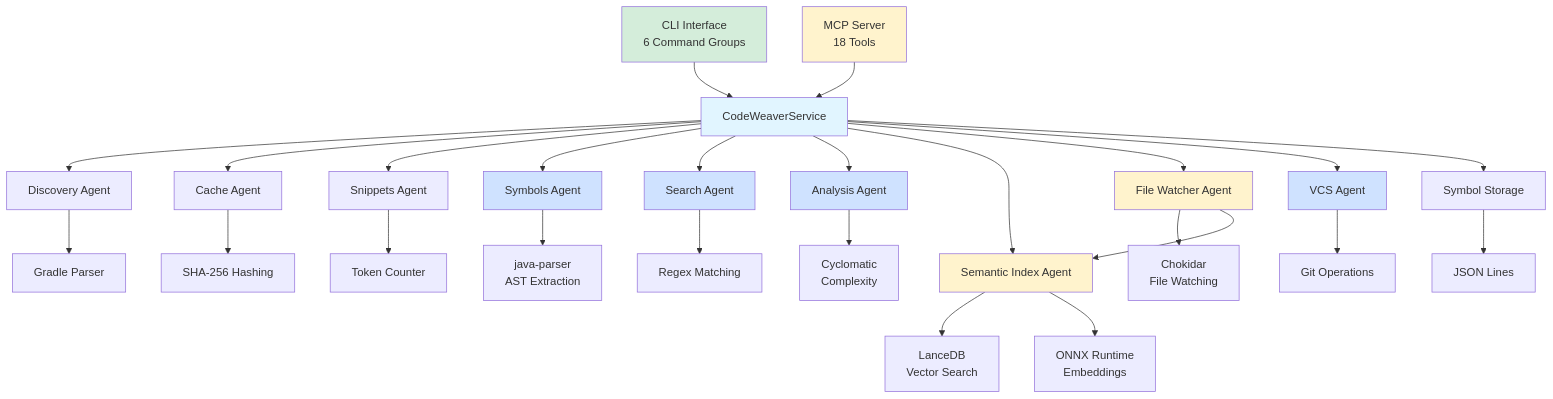
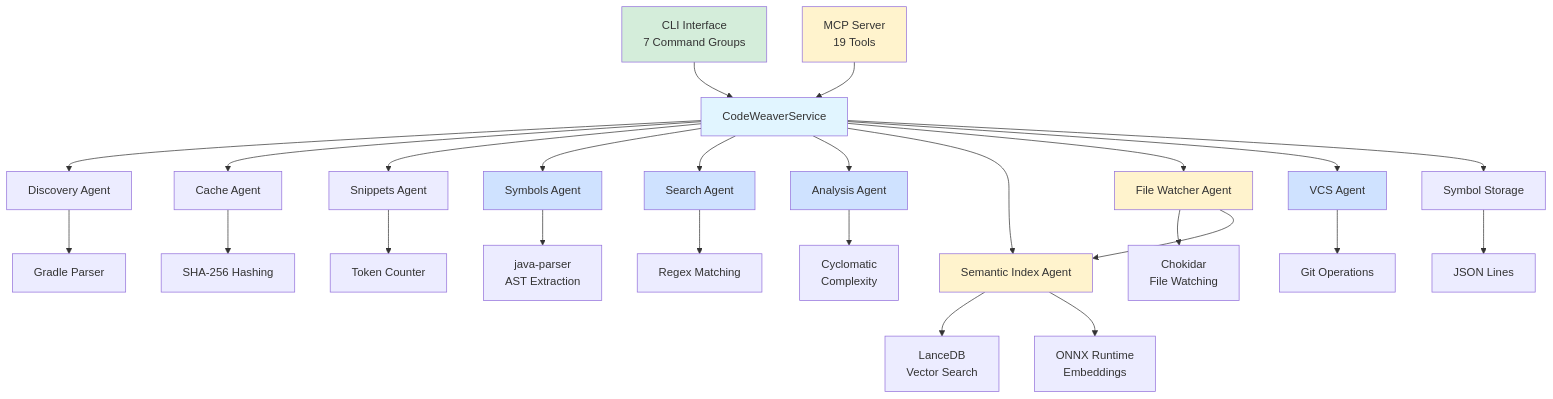
One commit to nobiehl/codeweaver-mcp changed the diagram in README.md. Above: the diagram before and after it, drawn with Mermaid. The commit also changed other lines of this file and 5 other files, not shown here.

````diff
--- a/README.md
+++ b/README.md
@@ -170,39 +170,39 @@
 ```mermaid
 graph TB
-    CLI[CLI Interface<br/>6 Command Groups] --> SERVICE[CodeWeaverService]
-    MCP[MCP Server<br/>18 Tools] --> SERVICE
+    CLI[CLI Interface<br/>7 Command Groups] --> SERVICE[CodeWeaverService]
+    MCP[MCP Server<br/>19 Tools] --> SERVICE
 
     SERVICE --> DISC[Discovery Agent]
     SERVICE --> CACHE[Cache Agent]
     SERVICE --> SNIP[Snippets Agent]
     SERVICE --> SYM[Symbols Agent]
     SERVICE --> SEARCH[Search Agent]
     SERVICE --> ANALYSIS[Analysis Agent]
     SERVICE --> SEMANTIC[Semantic Index Agent]
     SERVICE --> WATCHER[File Watcher Agent]
     SERVICE --> VCS[VCS Agent]
     SERVICE --> STORE[Symbol Storage]
 
     DISC --> GRADLE[Gradle Parser]
     CACHE --> SHA[SHA-256 Hashing]
     SNIP --> TOKEN[Token Counter]
     SYM --> JAVAPARSER[java-parser<br/>AST Extraction]
     SEARCH --> REGEX[Regex Matching]
     ANALYSIS --> COMPLEXITY[Cyclomatic<br/>Complexity]
     SEMANTIC --> LANCEDB[LanceDB<br/>Vector Search]
     SEMANTIC --> ONNX[ONNX Runtime<br/>Embeddings]
     WATCHER --> CHOKIDAR[Chokidar<br/>File Watching]
     WATCHER --> SEMANTIC
     VCS --> GIT[Git Operations]
     STORE --> JSONL[JSON Lines]
 
     style SERVICE fill:#e1f5ff
     style CLI fill:#d4edda
     style MCP fill:#fff3cd
     style SYM fill:#cfe2ff
     style SEARCH fill:#cfe2ff
     style ANALYSIS fill:#cfe2ff
     style SEMANTIC fill:#fff3cd
     style WATCHER fill:#fff3cd
     style VCS fill:#cfe2ff
 ```
````
